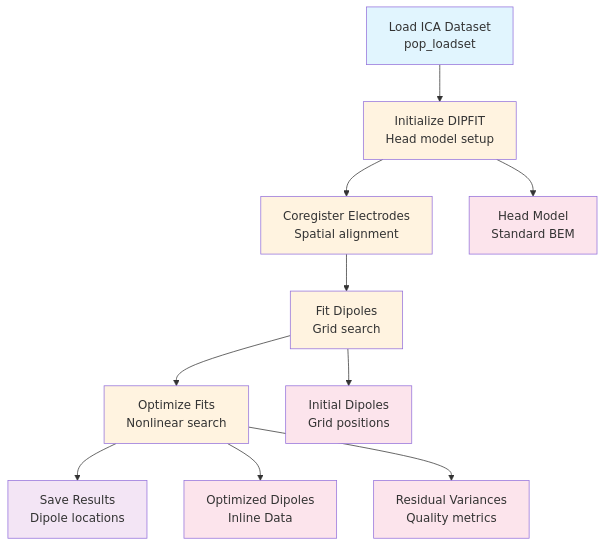
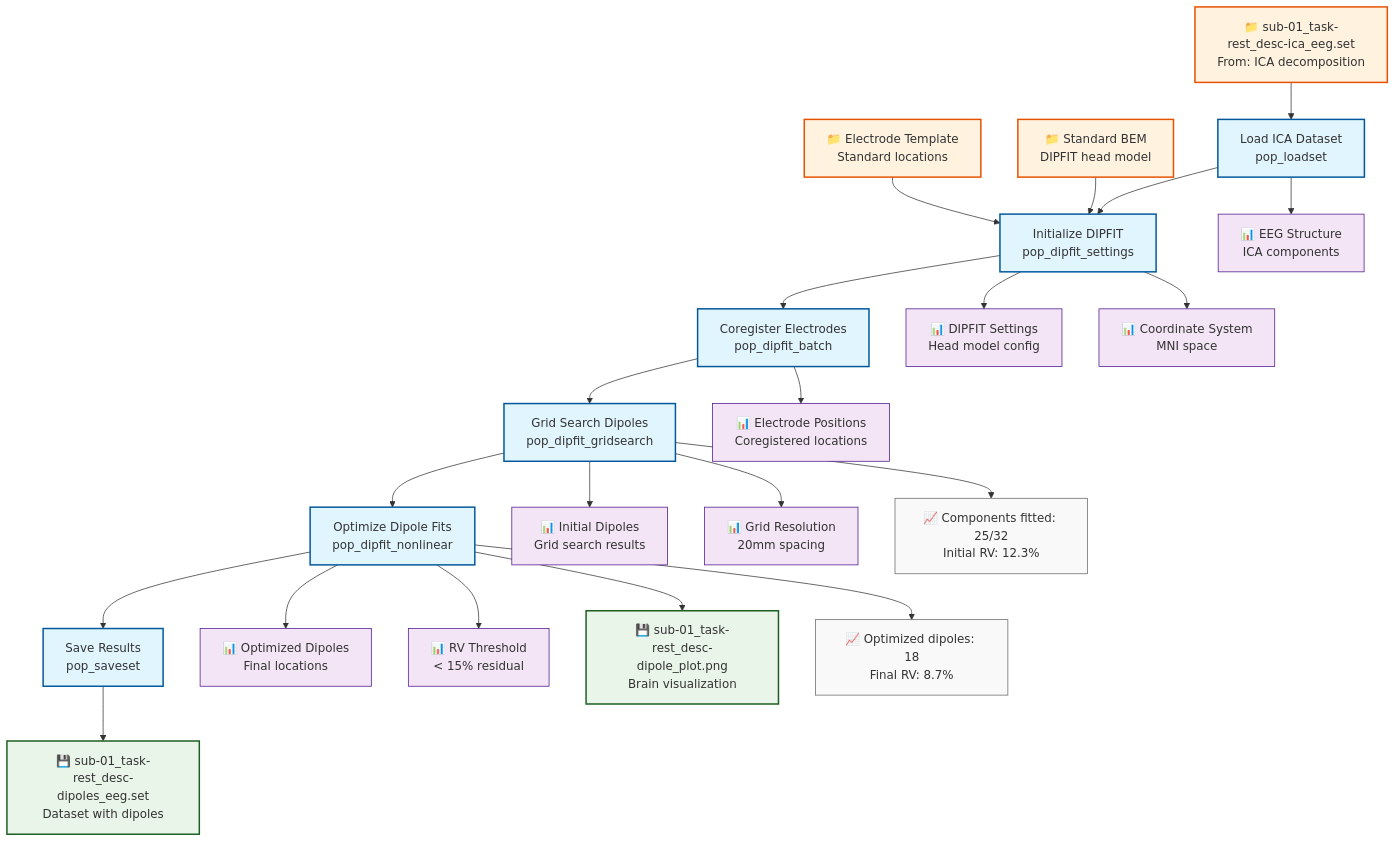
The diagram in docs/examples/source_localization_eeglab.md (signalJourney/signalJourney), drawn with Mermaid before and after one commit. The commit also changed other lines of this file and 1 other file, not shown here.

````diff
--- a/docs/examples/source_localization_eeglab.md
+++ b/docs/examples/source_localization_eeglab.md
@@ -17,24 +17,48 @@
 ```mermaid
 flowchart TD
-    A[Load ICA Dataset<br/>pop_loadset] --> B[Initialize DIPFIT<br/>Head model setup]
-    B --> C[Coregister Electrodes<br/>Spatial alignment]
-    C --> D[Fit Dipoles<br/>Grid search]
-    D --> E[Optimize Fits<br/>Nonlinear search]
-    E --> F[Save Results<br/>Dipole locations]
+    A[Load ICA Dataset<br/>pop_loadset] --> B[Initialize DIPFIT<br/>pop_dipfit_settings]
+    B --> C[Coregister Electrodes<br/>pop_dipfit_batch]
+    C --> D[Grid Search Dipoles<br/>pop_dipfit_gridsearch]
+    D --> E[Optimize Dipole Fits<br/>pop_dipfit_nonlinear]
+    E --> F[Save Results<br/>pop_saveset]
     
-    B --> G[Head Model<br/>Standard BEM]
-    D --> H[Initial Dipoles<br/>Grid positions]
-    E --> I[Optimized Dipoles<br/>Inline Data]
-    E --> J[Residual Variances<br/>Quality metrics]
+    %% Input from ICA pipeline
+    G["📁 sub-01_task-rest_desc-ica_eeg.set<br/>From: ICA decomposition"] --> A
     
-    style A fill:#e1f5fe
-    style F fill:#f3e5f5
-    style B fill:#fff3e0
-    style C fill:#fff3e0
-    style D fill:#fff3e0
-    style E fill:#fff3e0
-    style G fill:#fce4ec
-    style H fill:#fce4ec
-    style I fill:#fce4ec
-    style J fill:#fce4ec
+    %% Head model resources
+    H["📁 Standard BEM<br/>DIPFIT head model"] --> B
+    I["📁 Electrode Template<br/>Standard locations"] --> B
+    
+    %% Intermediate outputs
+    A --> A1["📊 EEG Structure<br/>ICA components"]
+    B --> B1["📊 DIPFIT Settings<br/>Head model config"]
+    C --> C1["📊 Electrode Positions<br/>Coregistered locations"]
+    D --> D1["📊 Initial Dipoles<br/>Grid search results"]
+    E --> E1["📊 Optimized Dipoles<br/>Final locations"]
+    
+    %% Analysis parameters
+    B --> V1["📊 Coordinate System<br/>MNI space"]
+    D --> V2["📊 Grid Resolution<br/>20mm spacing"]
+    E --> V3["📊 RV Threshold<br/>< 15% residual"]
+    
+    %% Final outputs
+    F --> J["💾 sub-01_task-rest_desc-dipoles_eeg.set<br/>Dataset with dipoles"]
+    E --> K["💾 sub-01_task-rest_desc-dipole_plot.png<br/>Brain visualization"]
+    
+    %% Quality metrics
+    D --> Q1["📈 Components fitted: 25/32<br/>Initial RV: 12.3%"]
+    E --> Q2["📈 Optimized dipoles: 18<br/>Final RV: 8.7%"]
+
+    %% Styling
+    classDef processStep fill:#e1f5fe,stroke:#01579b,stroke-width:2px
+    classDef inputFile fill:#fff3e0,stroke:#e65100,stroke-width:2px
+    classDef outputFile fill:#e8f5e8,stroke:#1b5e20,stroke-width:2px
+    classDef inlineData fill:#f3e5f5,stroke:#4a148c,stroke-width:1px
+    classDef qualityMetric fill:#f9f9f9,stroke:#666,stroke-width:1px
+
+    class A,B,C,D,E,F processStep
+    class G,H,I inputFile
+    class J,K outputFile
+    class A1,B1,C1,D1,E1,V1,V2,V3 inlineData
+    class Q1,Q2 qualityMetric
 ```
````
